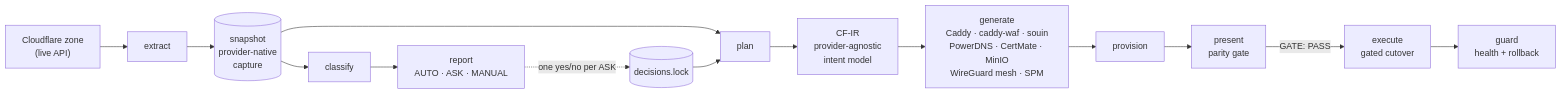
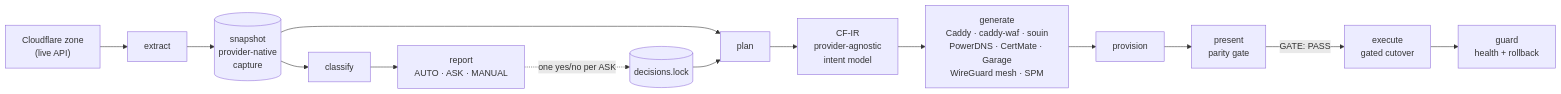
Before and after one commit to fabriziosalmi/flareover: the first of 3 diagrams in docs/architecture.md, drawn with Mermaid. The commit also changed other lines of this file and 28 other files, not shown here.

First line of the commit message:
feat(storage)!: object storage migrates to Garage by default, without the archived MinIO client (#54)

````diff
--- a/docs/architecture.md
+++ b/docs/architecture.md
@@ -9,16 +9,16 @@
 ```mermaid
 flowchart LR
   CF["Cloudflare zone<br/>(live API)"] --> EX[extract]
   EX --> SN[("snapshot<br/>provider-native<br/>capture")]
   SN --> CL[classify]
   CL --> RP["report<br/>AUTO · ASK · MANUAL"]
   RP -. one yes/no per ASK .-> DEC[("decisions.lock")]
   SN --> PL[plan]
   DEC --> PL
   PL --> IR["CF-IR<br/>provider-agnostic<br/>intent model"]
-  IR --> GEN["generate<br/>Caddy · caddy-waf · souin<br/>PowerDNS · CertMate · MinIO<br/>WireGuard mesh · SPM"]
+  IR --> GEN["generate<br/>Caddy · caddy-waf · souin<br/>PowerDNS · CertMate · Garage<br/>WireGuard mesh · SPM"]
   GEN --> PROV[provision]
   PROV --> PRES["present<br/>parity gate"]
   PRES -->|GATE: PASS| EXEC["execute<br/>gated cutover"]
   EXEC --> GRD["guard<br/>health + rollback"]
 ```
````
